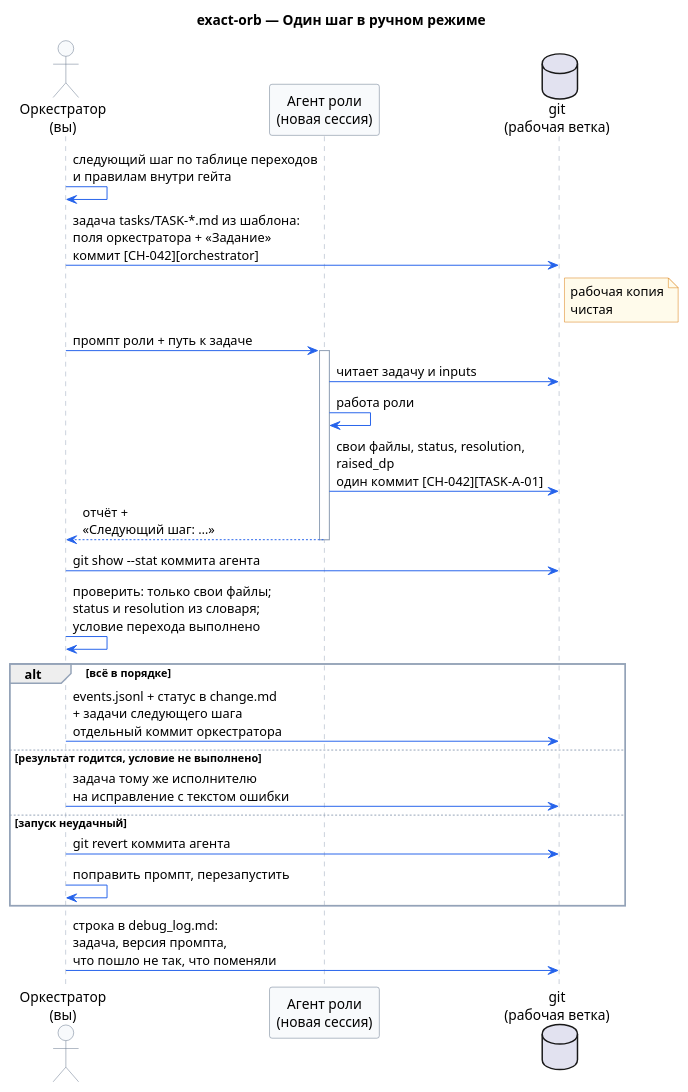
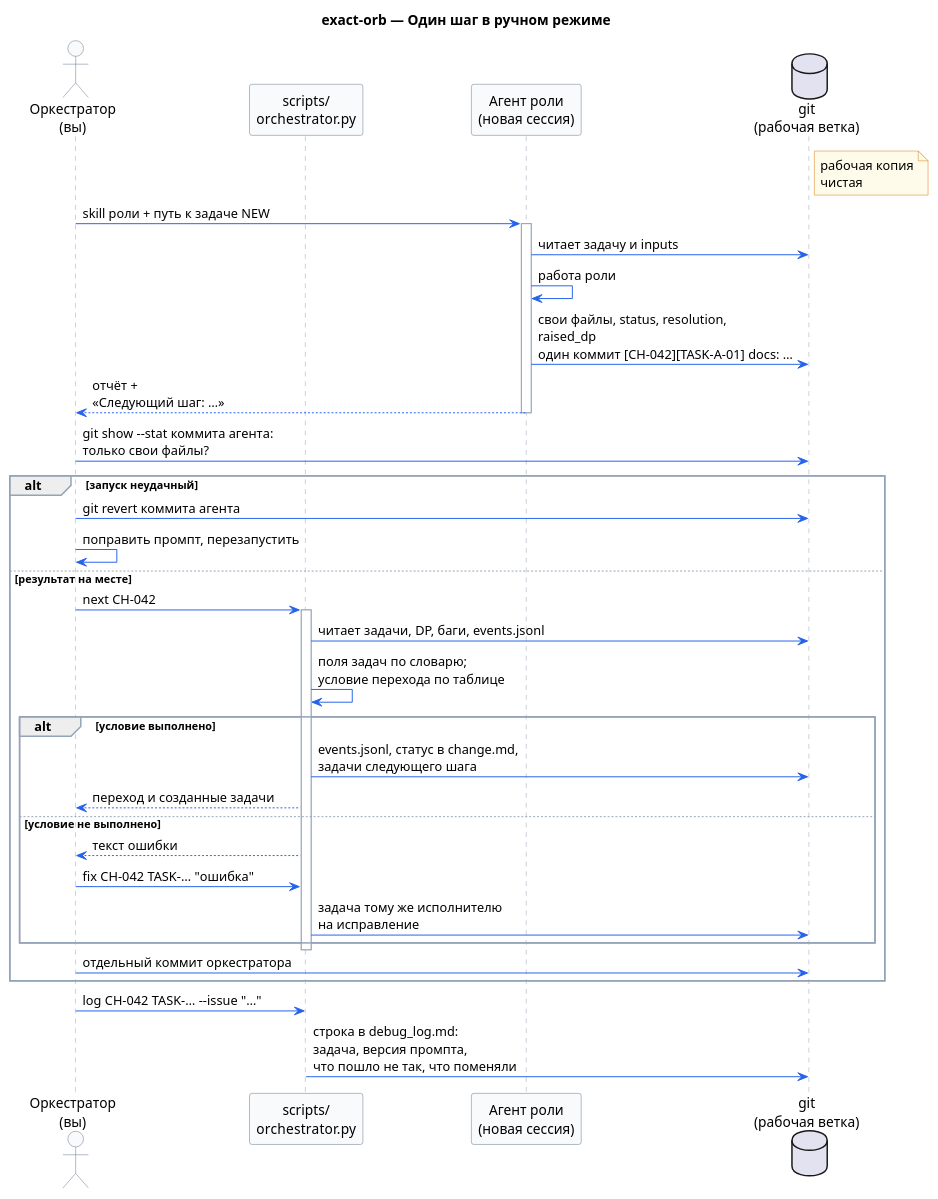
The diagram in docs/development_approach/process/process_diagram/005-manual-step.puml (ksenia-baranova/exact-orb-demo), drawn with PlantUML before and after one commit. The commit also changed 19 other files, not shown here.

Commit message:
docs: update architecture diagrams, overview, and scenarios

```diff
--- a/docs/development_approach/process/process_diagram/005-manual-step.puml
+++ b/docs/development_approach/process/process_diagram/005-manual-step.puml
@@ -1,52 +1,62 @@
 @startuml
 title exact-orb — Один шаг в ручном режиме
 
 ' Источник: «Процесс работы над изменением v2», разделы «Ручной режим: отладка»
 ' и «Хранение и оркестратор». Всё в git, одна рабочая ветка.
 
 skinparam shadowing false
 skinparam sequence {
     ArrowColor #2563EB
     LifeLineBorderColor #94A3B8
     ParticipantBorderColor #64748B
     ParticipantBackgroundColor #F8FAFC
     ActorBorderColor #64748B
     ActorBackgroundColor #F8FAFC
     GroupBorderColor #94A3B8
 }
 skinparam note {
     BackgroundColor #FFFBEB
     BorderColor #D97706
 }
 
 actor "Оркестратор\n(вы)" as O
+participant "scripts/\norchestrator.py" as S
 participant "Агент роли\n(новая сессия)" as A
 database "git\n(рабочая ветка)" as G
 
-O -> O : следующий шаг по таблице переходов\nи правилам внутри гейта
-O -> G : задача tasks/TASK-*.md из шаблона:\nполя оркестратора + «Задание»\nкоммит [CH-042][orchestrator]
 note right of G : рабочая копия\nчистая
 
-O -> A : промпт роли + путь к задаче
+O -> A : skill роли + путь к задаче NEW
 activate A
 A -> G : читает задачу и inputs
 A -> A : работа роли
-A -> G : свои файлы, status, resolution,\nraised_dp\nодин коммит [CH-042][TASK-A-01]
+A -> G : свои файлы, status, resolution,\nraised_dp\nодин коммит [CH-042][TASK-A-01] docs: …
 A --> O : отчёт +\n«Следующий шаг: …»
 deactivate A
 
-O -> G : git show --stat коммита агента
-O -> O : проверить: только свои файлы;\nstatus и resolution из словаря;\nусловие перехода выполнено
+O -> G : git show --stat коммита агента:\nтолько свои файлы?
 
-alt всё в порядке
-    O -> G : events.jsonl + статус в change.md\n+ задачи следующего шага\nотдельный коммит оркестратора
-else результат годится, условие не выполнено
-    O -> G : задача тому же исполнителю\nна исправление с текстом ошибки
-else запуск неудачный
+alt запуск неудачный
     O -> G : git revert коммита агента
     O -> O : поправить промпт, перезапустить
+else результат на месте
+    O -> S : next CH-042
+    activate S
+    S -> G : читает задачи, DP, баги, events.jsonl
+    S -> S : поля задач по словарю;\nусловие перехода по таблице
+    alt условие выполнено
+        S -> G : events.jsonl, статус в change.md,\nзадачи следующего шага
+        S --> O : переход и созданные задачи
+    else условие не выполнено
+        S --> O : текст ошибки
+        O -> S : fix CH-042 TASK-… "ошибка"
+        S -> G : задача тому же исполнителю\nна исправление
+    end
+    deactivate S
+    O -> G : отдельный коммит оркестратора
 end
 
-O -> G : строка в debug_log.md:\nзадача, версия промпта,\nчто пошло не так, что поменяли
+O -> S : log CH-042 TASK-… --issue "…"
+S -> G : строка в debug_log.md:\nзадача, версия промпта,\nчто пошло не так, что поменяли
 
 @enduml
```
